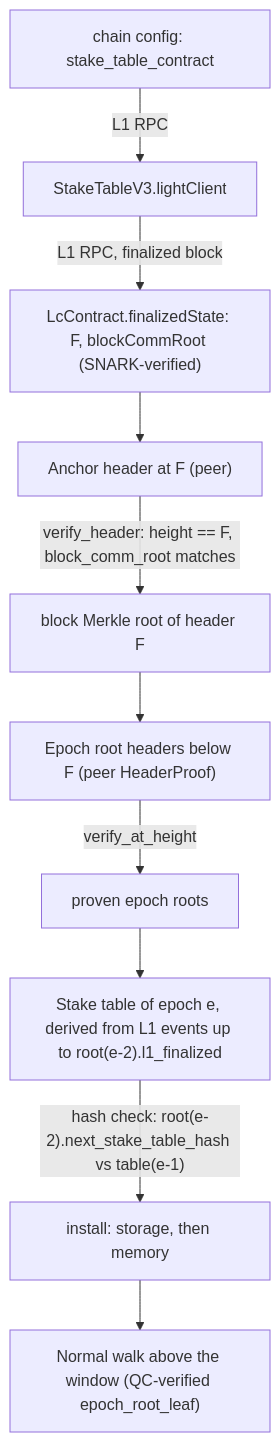
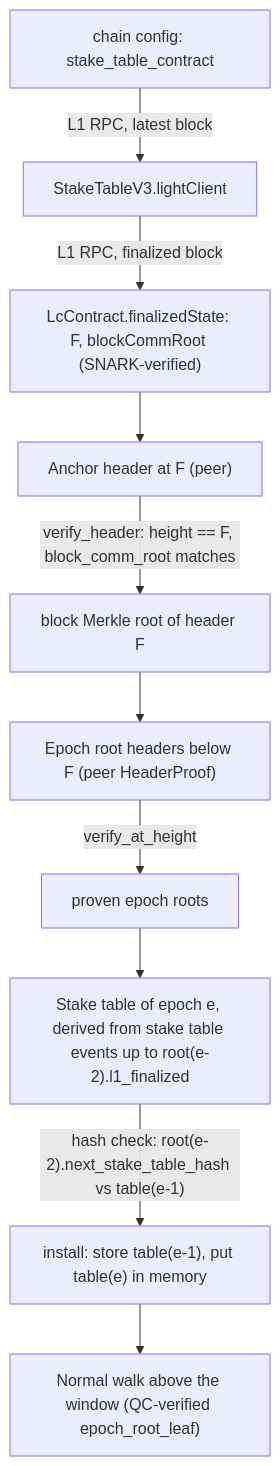
The diagram in doc/stake-table-catchup-trust-chain.md (EspressoSystems/espresso-network), drawn with Mermaid before and after one commit. The commit also changed other lines of this file, not shown here.

First line of the commit message:
docs: correct the catchup trust chain against the code

````diff
--- a/doc/stake-table-catchup-trust-chain.md
+++ b/doc/stake-table-catchup-trust-chain.md
@@ -12,12 +20,12 @@
 ```mermaid
 flowchart TD
-    CC[chain config: stake_table_contract] -->|L1 RPC| ST[StakeTableV3.lightClient]
+    CC[chain config: stake_table_contract] -->|L1 RPC, latest block| ST[StakeTableV3.lightClient]
     ST -->|L1 RPC, finalized block| LC["LcContract.finalizedState: F, blockCommRoot (SNARK-verified)"]
     LC --> A["Anchor header at F (peer)"]
     A -->|"verify_header: height == F, block_comm_root matches"| AR[block Merkle root of header F]
     AR --> P["Epoch root headers below F (peer HeaderProof)"]
     P -->|verify_at_height| R[proven epoch roots]
-    R --> T["Stake table of epoch e, derived from L1 events up to root(e-2).l1_finalized"]
-    T -->|"hash check: root(e-2).next_stake_table_hash vs table(e-1)"| I[install: storage, then memory]
+    R --> T["Stake table of epoch e, derived from stake table events up to root(e-2).l1_finalized"]
+    T -->|"hash check: root(e-2).next_stake_table_hash vs table(e-1)"| I["install: store table(e-1), put table(e) in memory"]
     I --> W["Normal walk above the window (QC-verified epoch_root_leaf)"]
 ```
````
